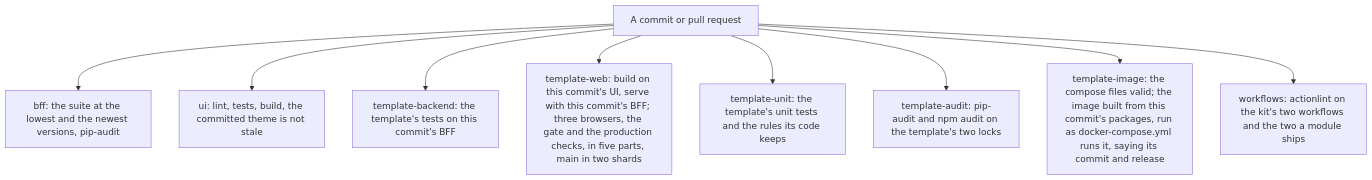
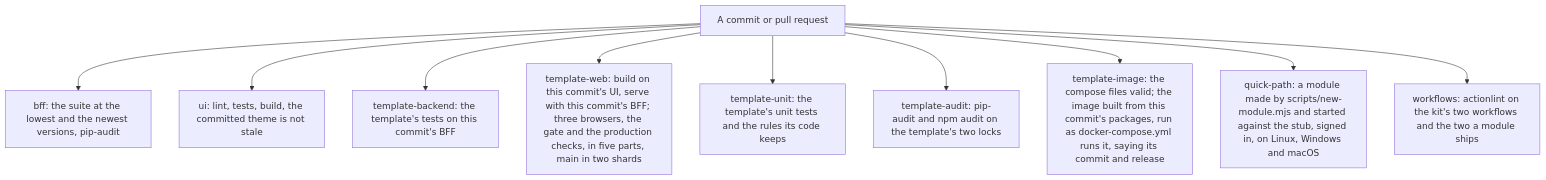
One commit to eneo-ai/eneo-module-kit changed diagram 14 of 14 in docs/architecture.md. Above: the diagram before and after it, drawn with Mermaid. The commit also changed other lines of this file and 20 other files, not shown here.

First line of the commit message:
docs: lead with the quick path, and say what works and what does not

````diff
--- a/docs/architecture.md
+++ b/docs/architecture.md
@@ -362,11 +362,12 @@
 ```mermaid
 flowchart TB
   commit["A commit or pull request"] --> bff["bff: the suite at the lowest and the newest versions, pip-audit"]
   commit --> ui["ui: lint, tests, build, the committed theme is not stale"]
   commit --> tb["template-backend: the template's tests on this commit's BFF"]
   commit --> tw["template-web: build on this commit's UI, serve with this commit's BFF; three browsers, the gate and the production checks, in five parts, main in two shards"]
   commit --> tu["template-unit: the template's unit tests and the rules its code keeps"]
   commit --> ta["template-audit: pip-audit and npm audit on the template's two locks"]
   commit --> ti["template-image: the compose files valid; the image built from this commit's packages, run as docker-compose.yml runs it, saying its commit and release"]
+  commit --> qp["quick-path: a module made by scripts/new-module.mjs and started against the stub, signed in, on Linux, Windows and macOS"]
   commit --> wf["workflows: actionlint on the kit's two workflows and the two a module ships"]
 ```
````
